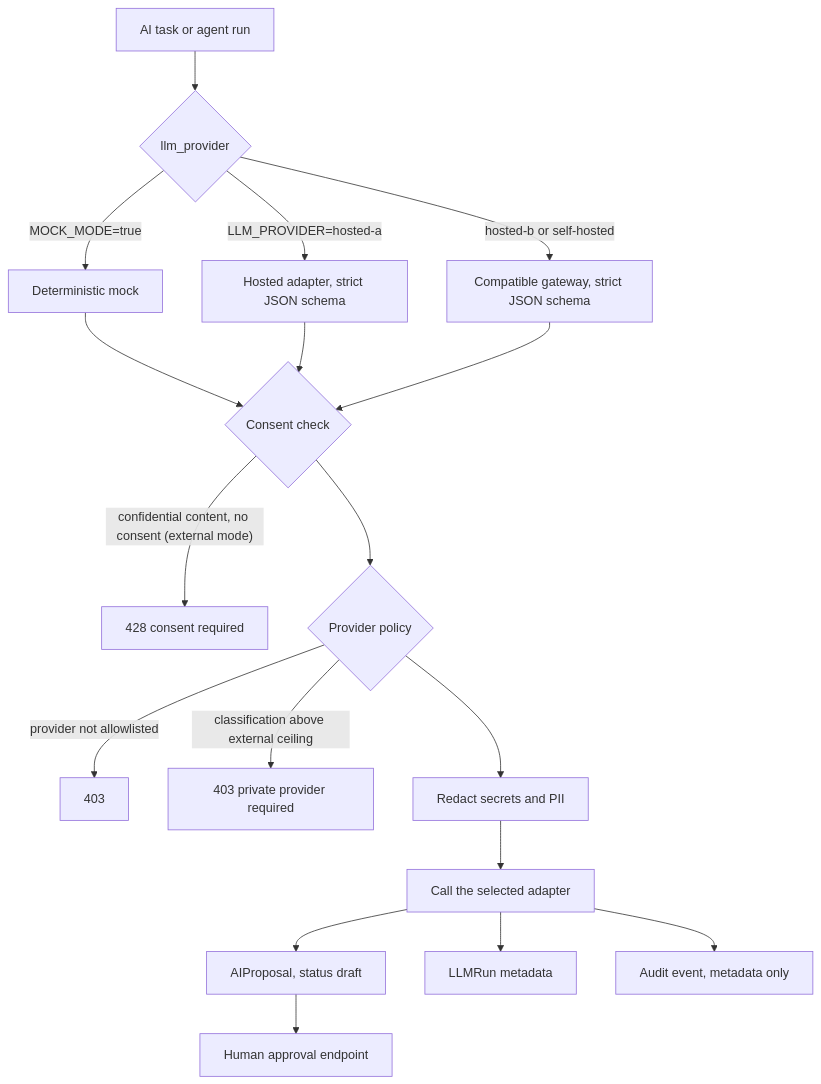
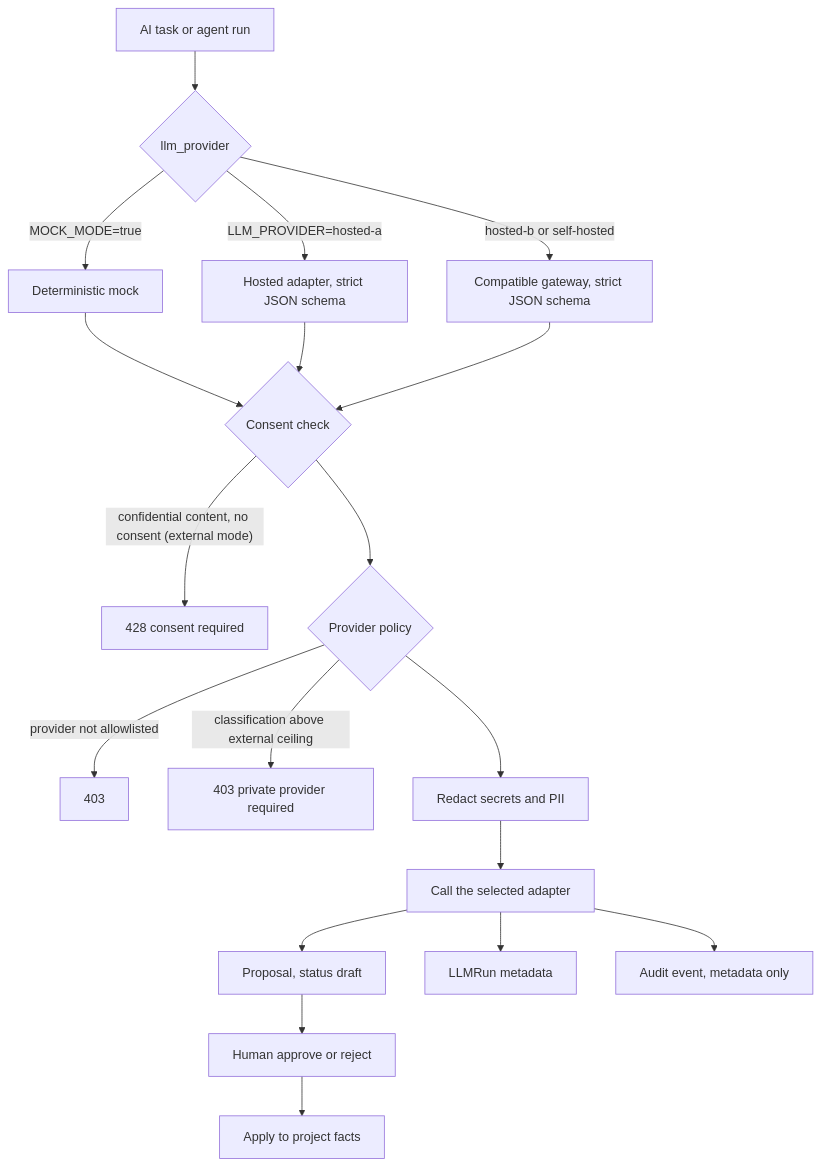
The diagram in docs/AI_ARCHITECTURE.md (diegoperezg7/signoff), drawn with Mermaid before and after one commit. The commit also changed other lines of this file and 130 other files, not shown here.

````diff
--- a/docs/AI_ARCHITECTURE.md
+++ b/docs/AI_ARCHITECTURE.md
@@ -11,20 +11,21 @@
 ```mermaid
 flowchart TD
   Req[AI task or agent run] --> Select{llm_provider}
   Select -- "MOCK_MODE=true" --> Mock[Deterministic mock]
   Select -- "LLM_PROVIDER=hosted-a" --> Hosted[Hosted adapter, strict JSON schema]
   Select -- "hosted-b or self-hosted" --> Gateway[Compatible gateway, strict JSON schema]
   Mock --> Consent
   Hosted --> Consent
   Gateway --> Consent
   Consent{Consent check} -- "confidential content, no consent (external mode)" --> R428[428 consent required]
   Consent --> Policy{Provider policy}
   Policy -- "provider not allowlisted" --> R403a[403]
   Policy -- "classification above external ceiling" --> R403b[403 private provider required]
   Policy --> Redact[Redact secrets and PII]
   Redact --> Call[Call the selected adapter]
-  Call --> Proposal[AIProposal, status draft]
+  Call --> Proposal[Proposal, status draft]
   Call --> Run[LLMRun metadata]
   Call --> Audit[Audit event, metadata only]
-  Proposal --> Approve[Human approval endpoint]
+  Proposal --> Approve[Human approve or reject]
+  Approve --> Apply[Apply to project facts]
 ```
````
